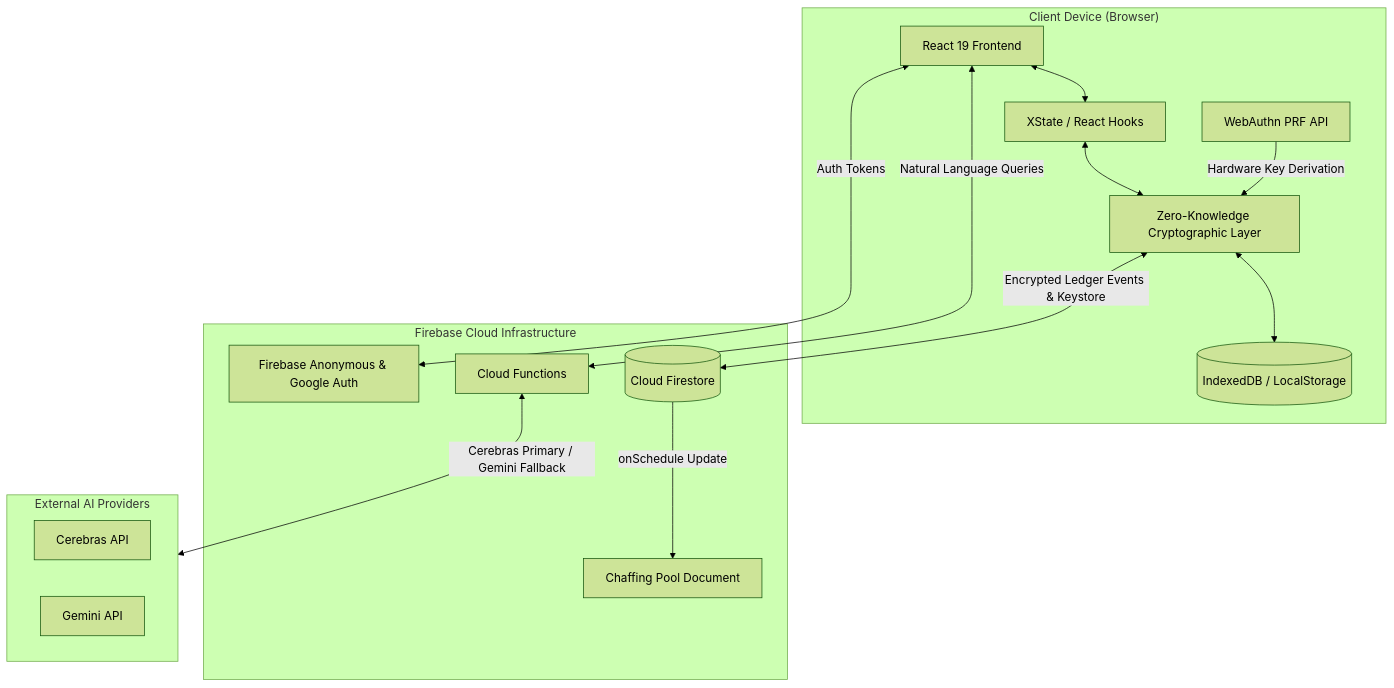
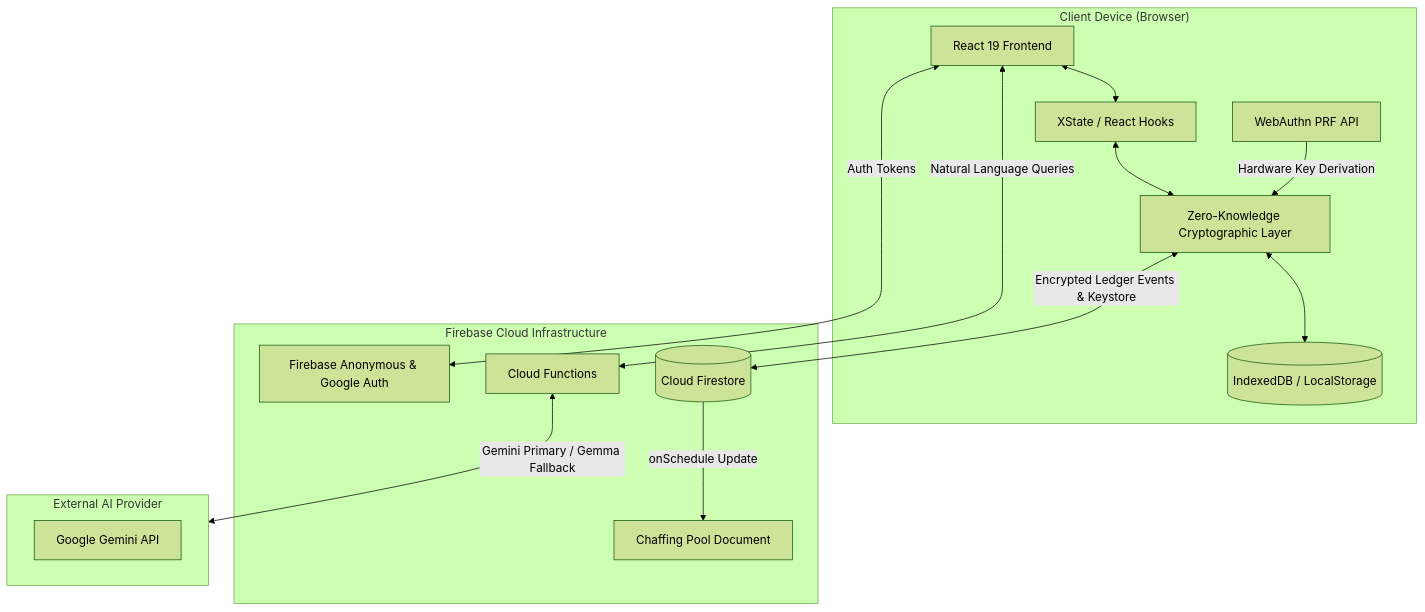
Before and after one commit to vrwarp/LetUsMeet: the diagram in README.md, drawn with Mermaid (forest theme). The commit also changed other lines of this file and 10 other files, not shown here.

First line of the commit message:
refactor(ai): drop Cerebras, use dual-model Gemini

````diff
--- a/README.md
+++ b/README.md
@@ -9,27 +9,26 @@
 ```mermaid
 graph TD
     subgraph Client ["Client Device (Browser)"]
         UI[React 19 Frontend] <--> State[XState / React Hooks]
         State <--> Crypto[Zero-Knowledge Cryptographic Layer]
         Crypto <--> LocalDB[(IndexedDB / LocalStorage)]
         WebAuthn[WebAuthn PRF API] -->|Hardware Key Derivation| Crypto
     end
 
     subgraph Firebase ["Firebase Cloud Infrastructure"]
         Auth[Firebase Anonymous & Google Auth]
         Firestore[(Cloud Firestore)]
         CF[Cloud Functions]
         ChaffPool[Chaffing Pool Document]
     end
 
-    subgraph External ["External AI Providers"]
-        Cerebras[Cerebras API]
-        Gemini[Gemini API]
+    subgraph External ["External AI Provider"]
+        Gemini[Google Gemini API]
     end
 
     UI <-->|Auth Tokens| Auth
     Crypto <-->|Encrypted Ledger Events & Keystore| Firestore
     UI <-->|Natural Language Queries| CF
-    CF <-->|Cerebras Primary / Gemini Fallback| External
+    CF <-->|Gemini Primary / Gemma Fallback| External
     Firestore -->|onSchedule Update| ChaffPool
 ```
````
